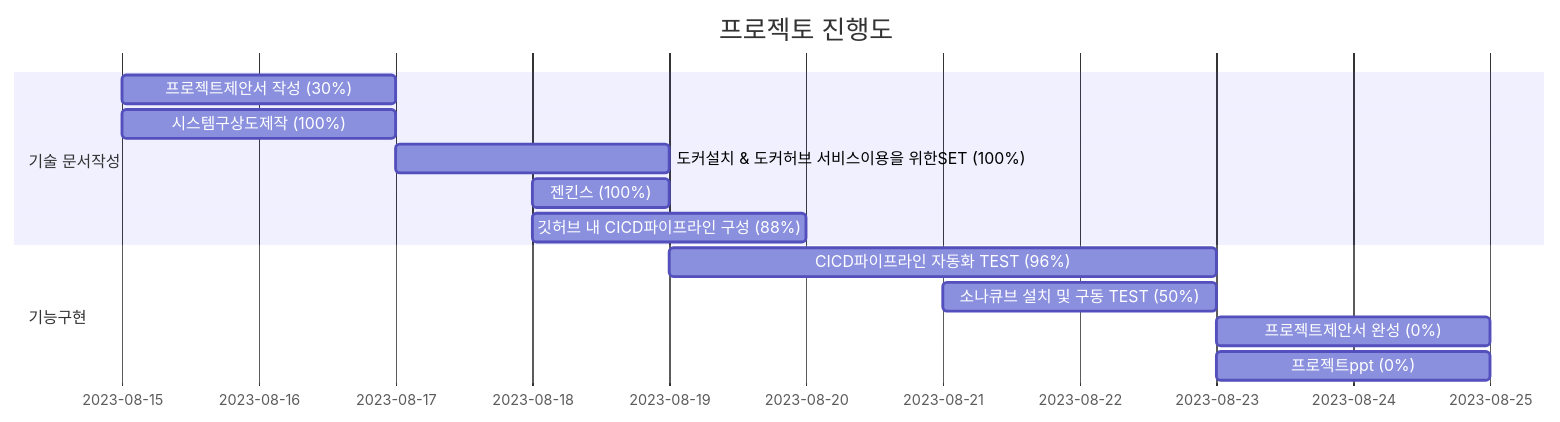
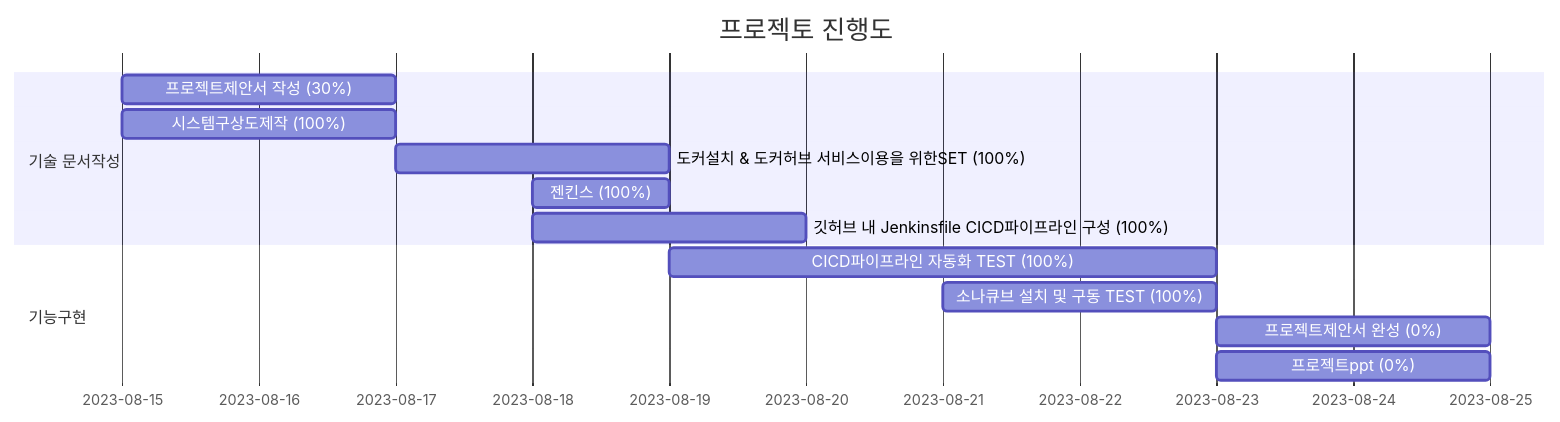
The diagram in README.md (SEOMW/project), drawn with Mermaid before and after one commit.

````diff
--- a/README.md
+++ b/README.md
@@ -4,17 +4,17 @@
 ```mermaid
 gantt
     title 프로젝토 진행도
     dateFormat  YYYY-MM-DD
     section 기술 문서작성
     프로젝트제안서 작성 (30%) : a1, 2023-8-15, 2d
     시스템구상도제작 (100%) : 2023-8-15, 2d
     도커설치 & 도커허브 서비스이용을 위한SET (100%) : 2023-8-17, 2d
     젠킨스 (100%) : 2023-8-18, 1d
-    깃허브 내 CICD파이프라인 구성 (88%) : 2023-8-18, 2d
+    깃허브 내 Jenkinsfile CICD파이프라인 구성 (100%) : 2023-8-18, 2d
 
     section 기능구현
-    CICD파이프라인 자동화 TEST (96%) : 2023-8-19,  4d
-    소나큐브 설치 및 구동 TEST (50%) : 2023-8-21, 2d
+    CICD파이프라인 자동화 TEST (100%) : 2023-8-19,  4d
+    소나큐브 설치 및 구동 TEST (100%) : 2023-8-21, 2d
     프로젝트제안서 완성 (0%) : a1, 2023-8-23, 2d
     프로젝트ppt (0%) : a1, 2023-8-23, 2d
 ```
````
